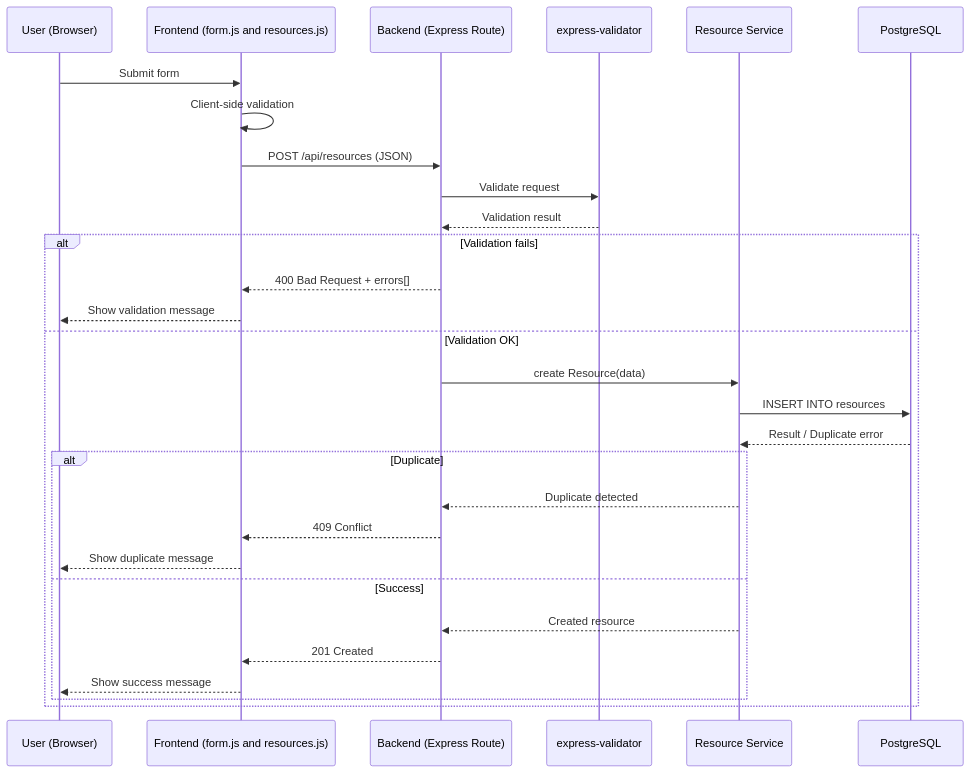
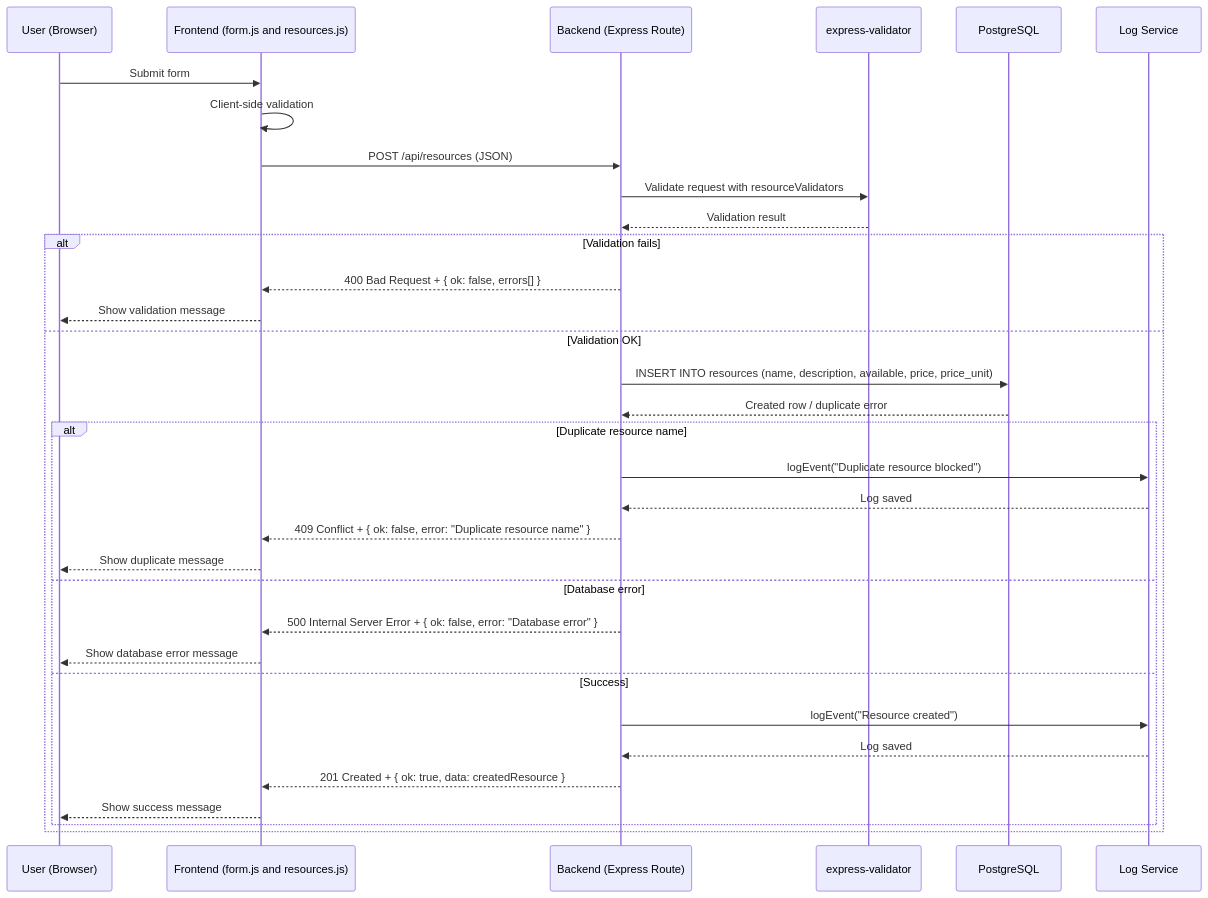
Before and after one commit to CheersEngineers/Centria-Web-jatkokurssi: the first of 4 diagrams in BookingSystemPhase6/G1_CRUD_DataFlow.md, drawn with Mermaid. The commit also changed other lines of this file, not shown here.

First line of the commit message:
Add logging and structured errors to CRUD flows

````diff
--- a/BookingSystemPhase6/G1_CRUD_DataFlow.md
+++ b/BookingSystemPhase6/G1_CRUD_DataFlow.md
@@ -18,35 +18,39 @@
 ```mermaid
 sequenceDiagram
     participant U as User (Browser)
     participant F as Frontend (form.js and resources.js)
     participant B as Backend (Express Route)
     participant V as express-validator
-    participant S as Resource Service
     participant DB as PostgreSQL
+    participant L as Log Service
 
     U->>F: Submit form
     F->>F: Client-side validation
     F->>B: POST /api/resources (JSON)
 
-    B->>V: Validate request
+    B->>V: Validate request with resourceValidators
     V-->>B: Validation result
 
     alt Validation fails
-        B-->>F: 400 Bad Request + errors[]
+        B-->>F: 400 Bad Request + { ok: false, errors[] }
         F-->>U: Show validation message
     else Validation OK
-        B->>S: create Resource(data)
-        S->>DB: INSERT INTO resources
-        DB-->>S: Result / Duplicate error
+        B->>DB: INSERT INTO resources (name, description, available, price, price_unit)
+        DB-->>B: Created row / duplicate error
 
-        alt Duplicate
-            S-->>B: Duplicate detected
-            B-->>F: 409 Conflict
+        alt Duplicate resource name
+            B->>L: logEvent("Duplicate resource blocked")
+            L-->>B: Log saved
+            B-->>F: 409 Conflict + { ok: false, error: "Duplicate resource name" }
             F-->>U: Show duplicate message
+        else Database error
+            B-->>F: 500 Internal Server Error + { ok: false, error: "Database error" }
+            F-->>U: Show database error message
         else Success
-            S-->>B: Created resource
-            B-->>F: 201 Created
+            B->>L: logEvent("Resource created")
+            L-->>B: Log saved
+            B-->>F: 201 Created + { ok: true, data: createdResource }
             F-->>U: Show success message
         end
     end
 ```
````
